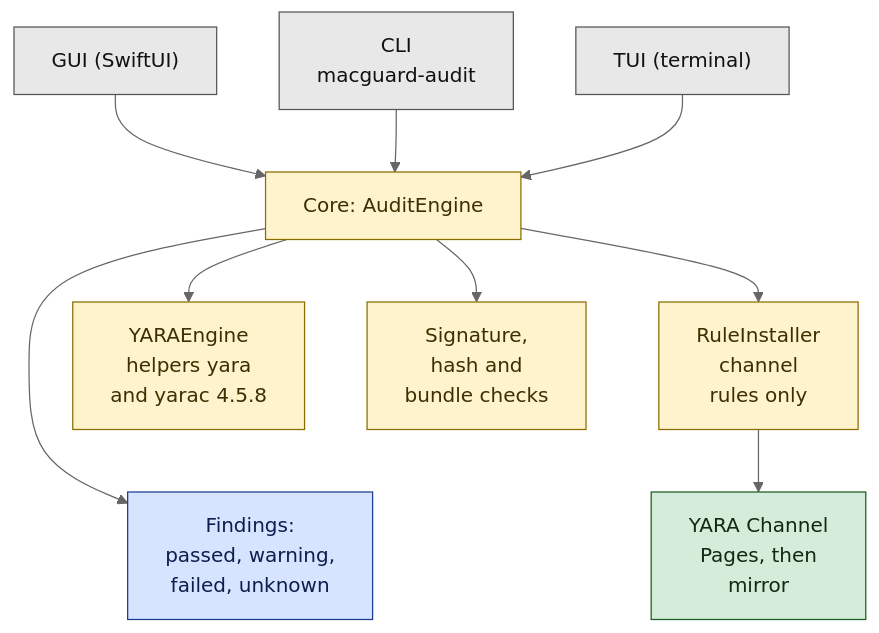
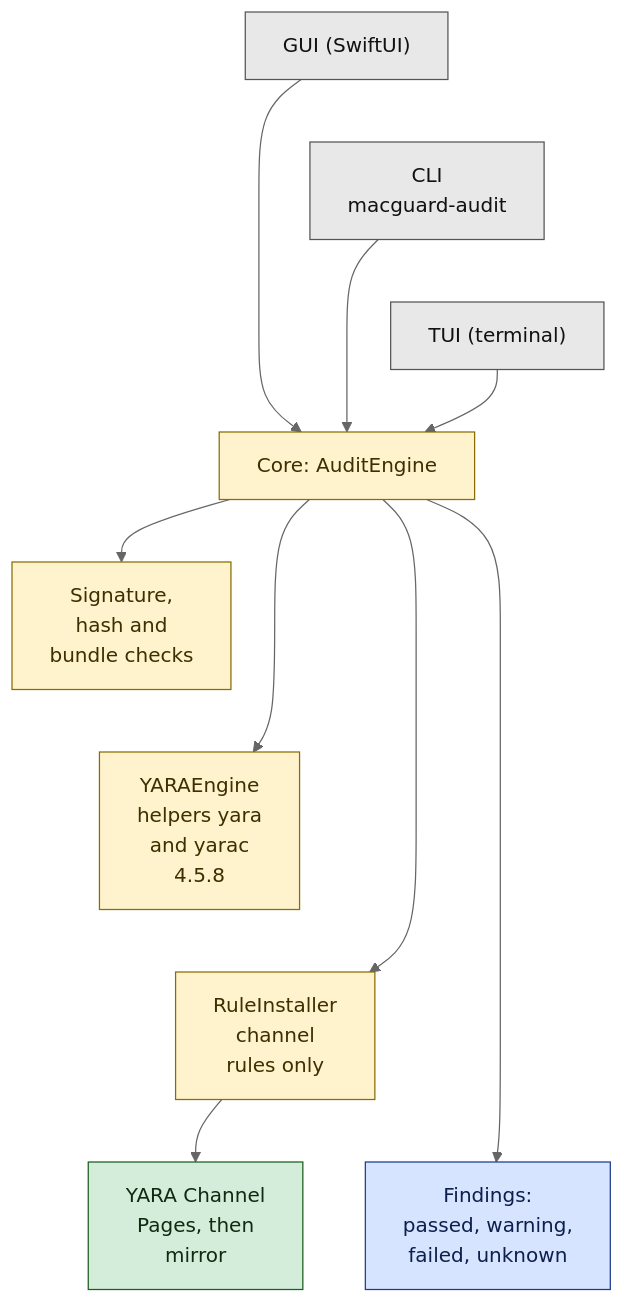
One commit to MacGuard/macguard-yara-channel changed the diagram in docs/wiki/diagrams/installer-auditor-core.mmd. Above: the diagram before and after it, drawn with Mermaid (neutral theme). The commit also changed 220 other files, not shown here.

Commit message:
docs(wiki): licence notices draft, mobile-readable split diagrams (min 10 px at 390 px), shared size measurement, screenshot tool

```diff
--- a/docs/wiki/diagrams/installer-auditor-core.mmd
+++ b/docs/wiki/diagrams/installer-auditor-core.mmd
@@ -1,15 +1,16 @@
 flowchart TB
   GUI["GUI (SwiftUI)"]:::fe --> CORE
   CLI["CLI<br/>macguard-audit"]:::fe --> CORE
   TUI["TUI (terminal)"]:::fe --> CORE
   CORE["Core: AuditEngine"]:::core
   CORE --> SIG["Signature,<br/>hash and<br/>bundle checks"]:::core
-  CORE --> YE["YARAEngine<br/>helpers yara<br/>and yarac 4.5.8"]:::core
+  CORE --> YE["YARAEngine<br/>helpers yara<br/>and yarac<br/>4.5.8"]:::core
   CORE --> RI["RuleInstaller<br/>channel<br/>rules only"]:::core
   RI --> CH["YARA Channel<br/>Pages, then<br/>mirror"]:::ext
   CORE --> OUT["Findings:<br/>passed, warning,<br/>failed, unknown"]:::out
-  SIG ~~~ OUT
+  GUI ~~~ CLI ~~~ TUI
+  SIG ~~~ YE ~~~ RI ~~~ OUT
   classDef fe fill:#e8e8e8,stroke:#555555,color:#111111
   classDef core fill:#fff3cd,stroke:#8a6d00,color:#3d2f00
   classDef ext fill:#d4edda,stroke:#1b5e20,color:#102a12
   classDef out fill:#d6e4ff,stroke:#1a3d8f,color:#0d1f4d
```
